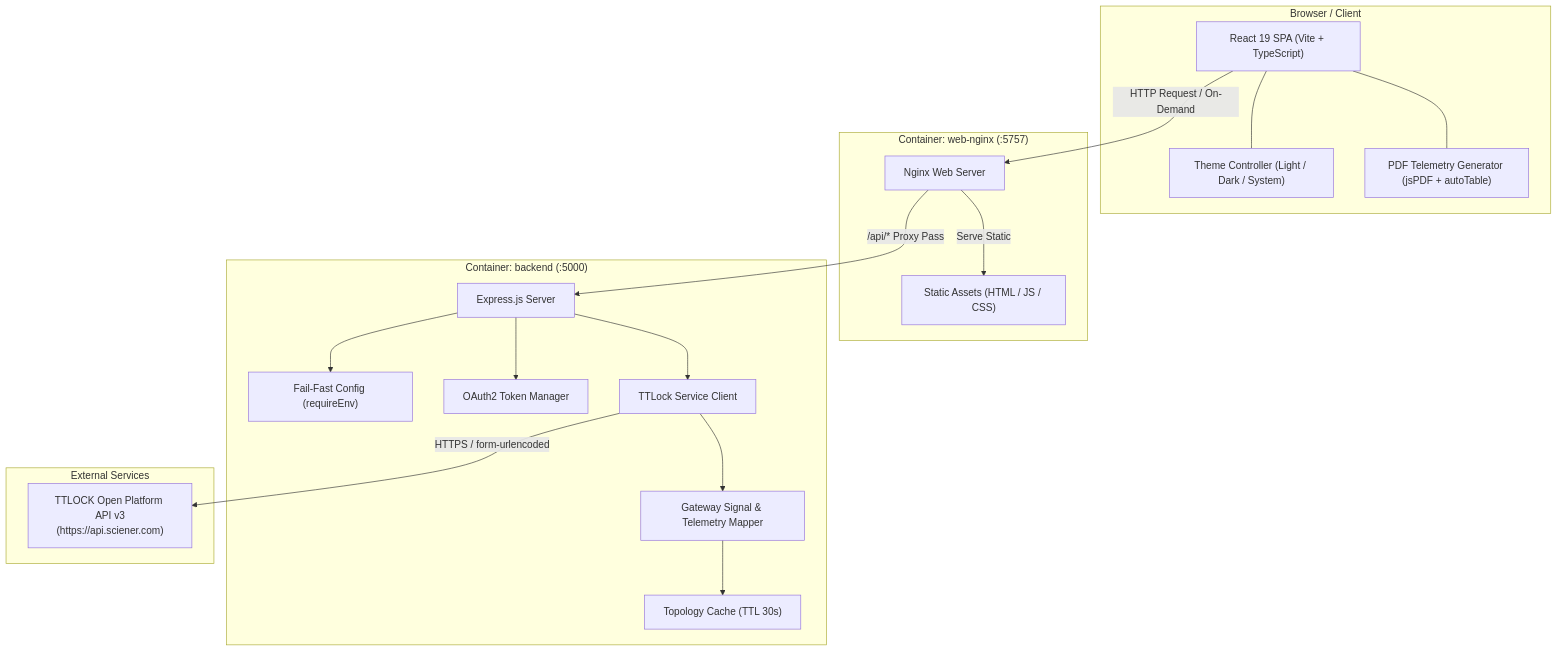
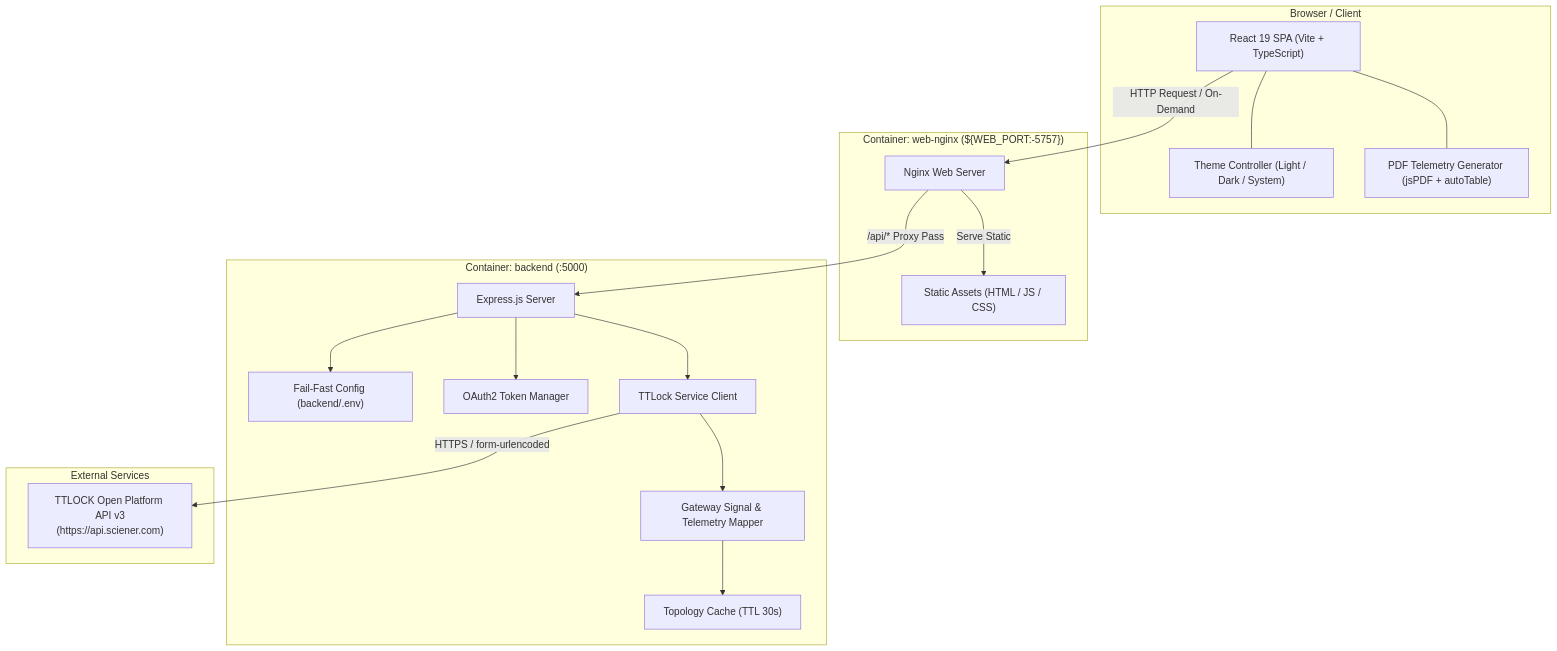
Before and after one commit to helmipradita/ttlock-dashboard: the first of 11 diagrams in docs/ARCHITECTURE.md, drawn with Mermaid. The commit also changed 18 other files, not shown here.

First line of the commit message:
feat: add gateway jump navigation, responsive table layout, and fail-fast web port

````diff
--- a/docs/ARCHITECTURE.md
+++ b/docs/ARCHITECTURE.md
@@ -11,39 +11,39 @@
 ```mermaid
 graph TB
     subgraph Client["Browser / Client"]
         SPA["React 19 SPA (Vite + TypeScript)"]
         ThemeCtrl["Theme Controller (Light / Dark / System)"]
         PdfGen["PDF Telemetry Generator (jsPDF + autoTable)"]
         SPA --- ThemeCtrl
         SPA --- PdfGen
     end
 
-    subgraph ContainerProxy["Container: web-nginx (:5757)"]
+    subgraph ContainerProxy["Container: web-nginx (${WEB_PORT:-5757})"]
         NginxProxy["Nginx Web Server"]
         StaticDist["Static Assets (HTML / JS / CSS)"]
         NginxProxy -->|"Serve Static"| StaticDist
     end
 
     subgraph ContainerBackend["Container: backend (:5000)"]
         ExpressApp["Express.js Server"]
-        ConfigFailFast["Fail-Fast Config (requireEnv)"]
+        ConfigFailFast["Fail-Fast Config (backend/.env)"]
         AuthService["OAuth2 Token Manager"]
         LockService["TTLock Service Client"]
         SignalMapper["Gateway Signal & Telemetry Mapper"]
         TopoCache["Topology Cache (TTL 30s)"]
 
         ExpressApp --> ConfigFailFast
         ExpressApp --> AuthService
         ExpressApp --> LockService
         LockService --> SignalMapper
         SignalMapper --> TopoCache
     end
 
     subgraph External["External Services"]
         TTLockCloud["TTLOCK Open Platform API v3<br/>(https://api.sciener.com)"]
     end
 
     SPA -->|"HTTP Request / On-Demand"| NginxProxy
     NginxProxy -->|"/api/* Proxy Pass"| ExpressApp
     LockService -->|"HTTPS / form-urlencoded"| TTLockCloud
 ```
````
